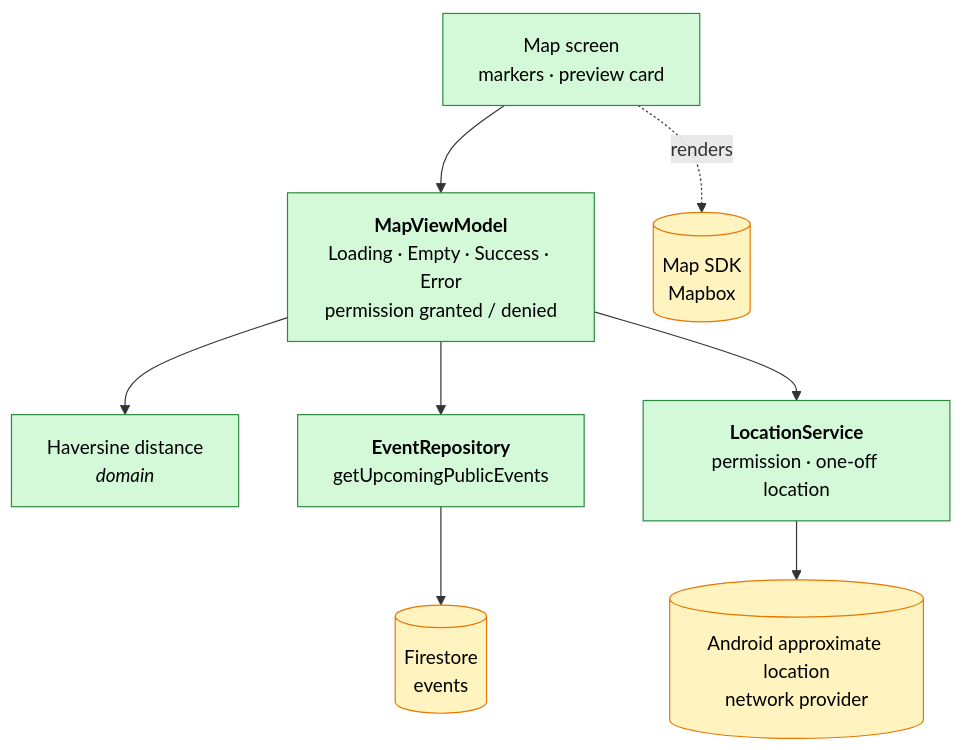
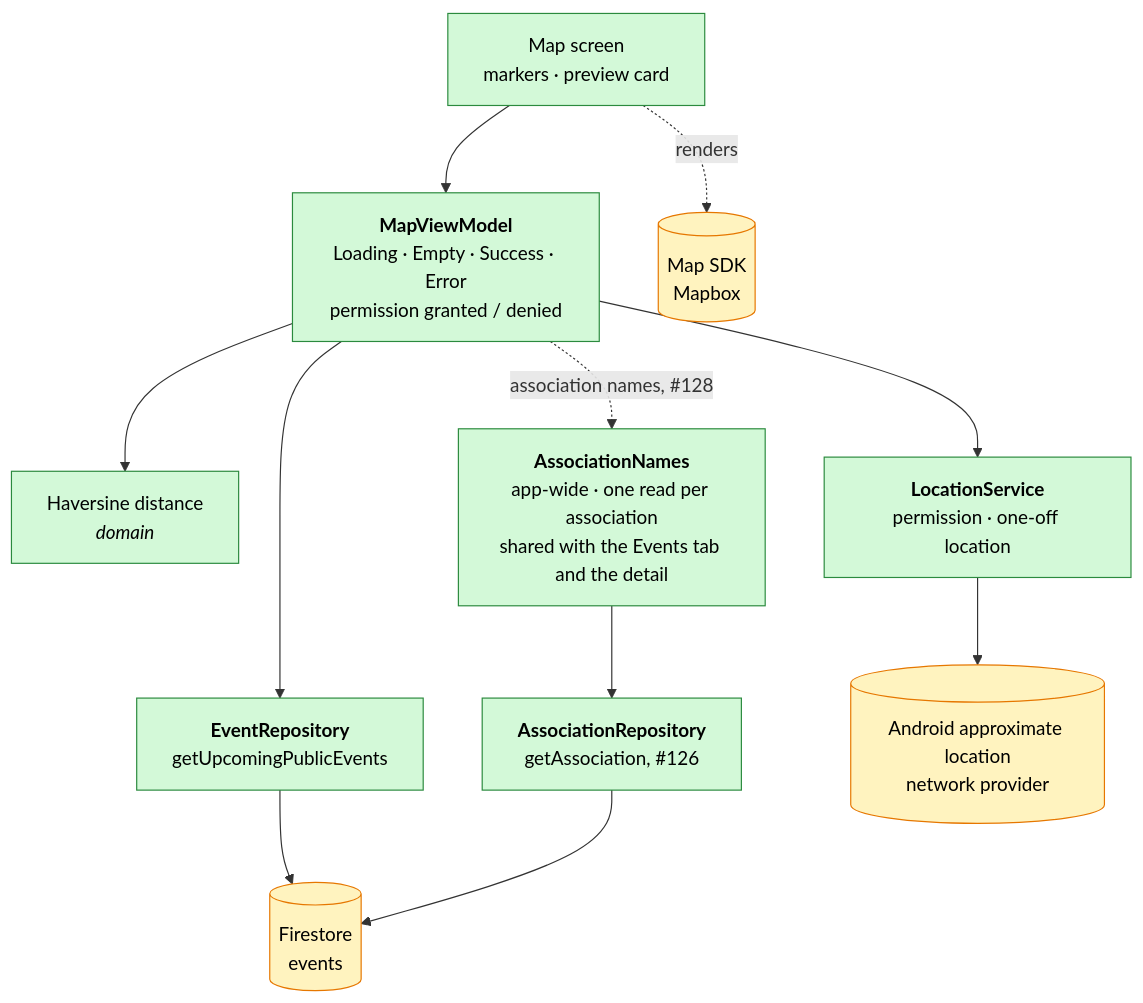
One commit to swent-polysocial/PolySocial changed the fourth of 11 diagrams in docs/Architecture-Diagram.md. Above: the diagram before and after it, drawn with Mermaid. The commit also changed other lines of this file and 1 other file, not shown here.

Commit message:
docs: record the association names
Records in CONTEXT.md and the architecture page where association names
show, how they are shared, retried and kept per account, and that the
detail no longer waits for #128.

Refs #128

````diff
--- a/docs/Architecture-Diagram.md
+++ b/docs/Architecture-Diagram.md
@@ -136,13 +136,16 @@
 ```mermaid
 flowchart TB
   classDef s1 fill:#d3f9d8,stroke:#2b8a3e,color:#000
   classDef ext fill:#fff3bf,stroke:#e67700,color:#000
 
   mapS["Map screen<br/>markers · preview card"]:::s1 --> mapVM["<b>MapViewModel</b><br/>Loading · Empty · Success · Error<br/>permission granted / denied"]:::s1
   mapS -. renders .-> maps[("Map SDK<br/>Mapbox")]:::ext
   mapVM --> dist["Haversine distance<br/><i>domain</i>"]:::s1
   mapVM --> ev["<b>EventRepository</b><br/>getUpcomingPublicEvents"]:::s1
   mapVM --> loc["<b>LocationService</b><br/>permission · one-off location"]:::s1
+  mapVM -. "association names, #128" .-> names["<b>AssociationNames</b><br/>app-wide · one read per association<br/>shared with the Events tab and the detail"]:::s1
+  names --> assoc["<b>AssociationRepository</b><br/>getAssociation, #126"]:::s1
   ev --> fs[("Firestore<br/>events")]:::ext
+  assoc --> fs
   loc --> gps[("Android approximate location<br/>network provider")]:::ext
 ```
````
